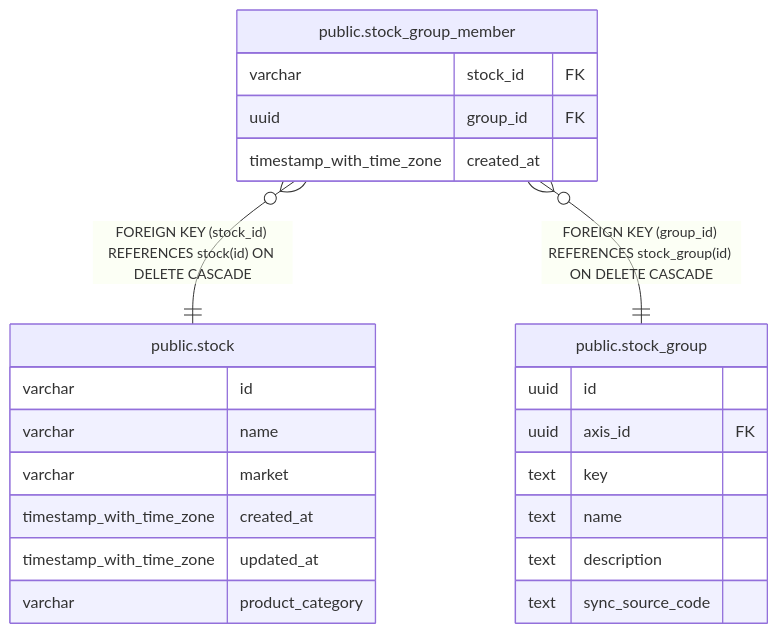
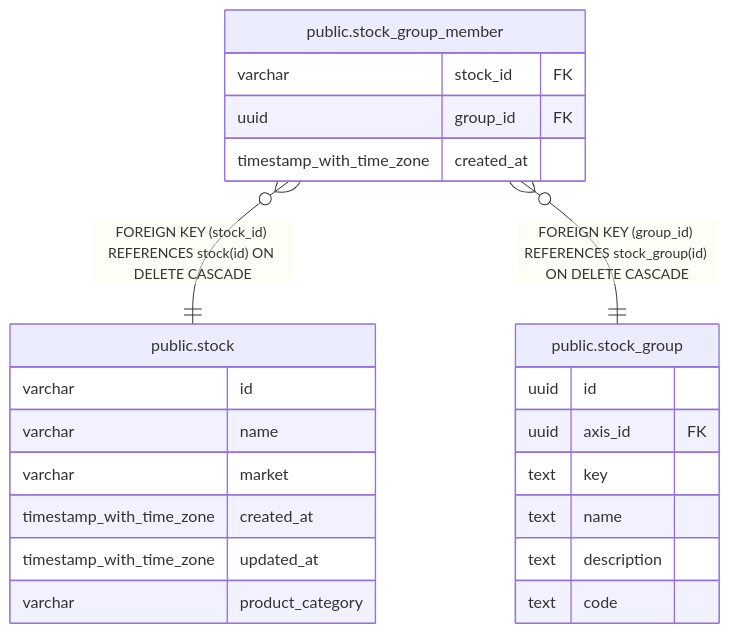
Before and after one commit to fohte/t-rader: the diagram in backend/docs/db/public.stock_group_member.md, drawn with Mermaid. The commit also changed 48 other files, not shown here.

````diff
--- a/backend/docs/db/public.stock_group_member.md
+++ b/backend/docs/db/public.stock_group_member.md
@@ -32,28 +32,28 @@
 ```mermaid
 erDiagram
 
 "public.stock_group_member" }o--|| "public.stock" : "FOREIGN KEY (stock_id) REFERENCES stock(id) ON DELETE CASCADE"
 "public.stock_group_member" }o--|| "public.stock_group" : "FOREIGN KEY (group_id) REFERENCES stock_group(id) ON DELETE CASCADE"
 
 "public.stock_group_member" {
   varchar stock_id FK
   uuid group_id FK
   timestamp_with_time_zone created_at
 }
 "public.stock" {
   varchar id
   varchar name
   varchar market
   timestamp_with_time_zone created_at
   timestamp_with_time_zone updated_at
   varchar product_category
 }
 "public.stock_group" {
   uuid id
   uuid axis_id FK
   text key
   text name
   text description
-  text sync_source_code
+  text code
 }
 ```
````
